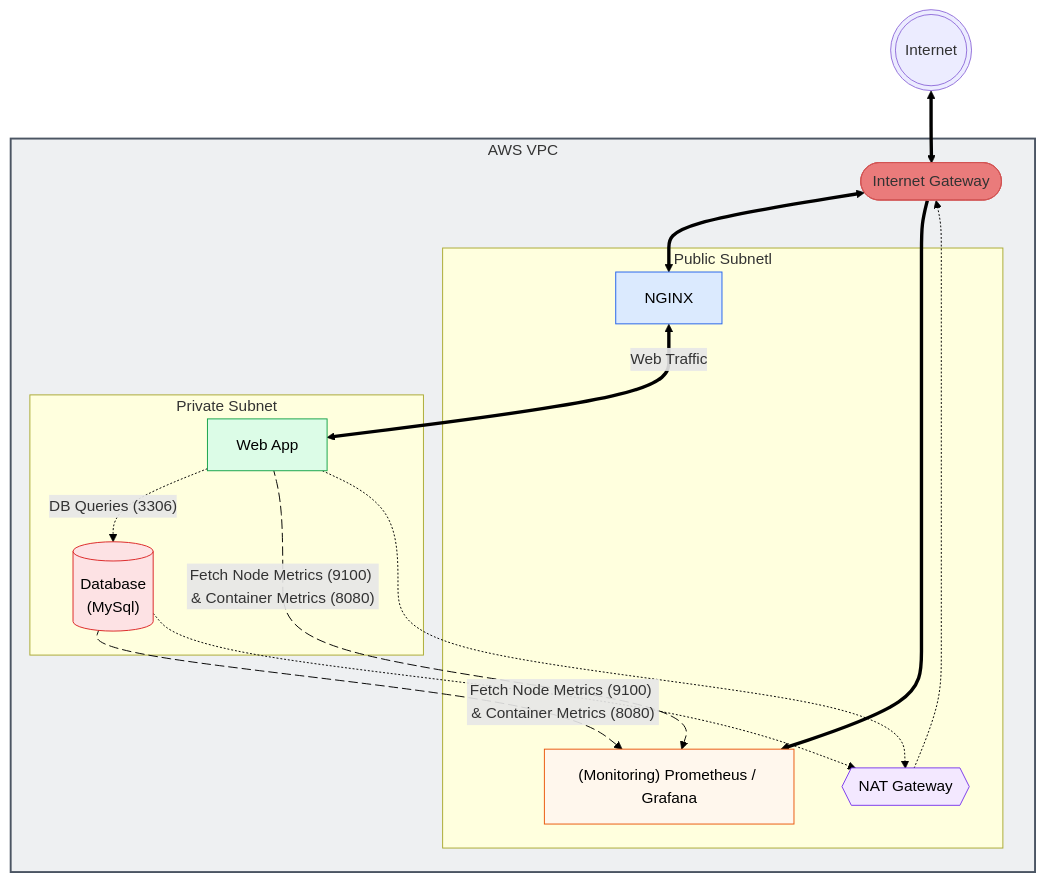
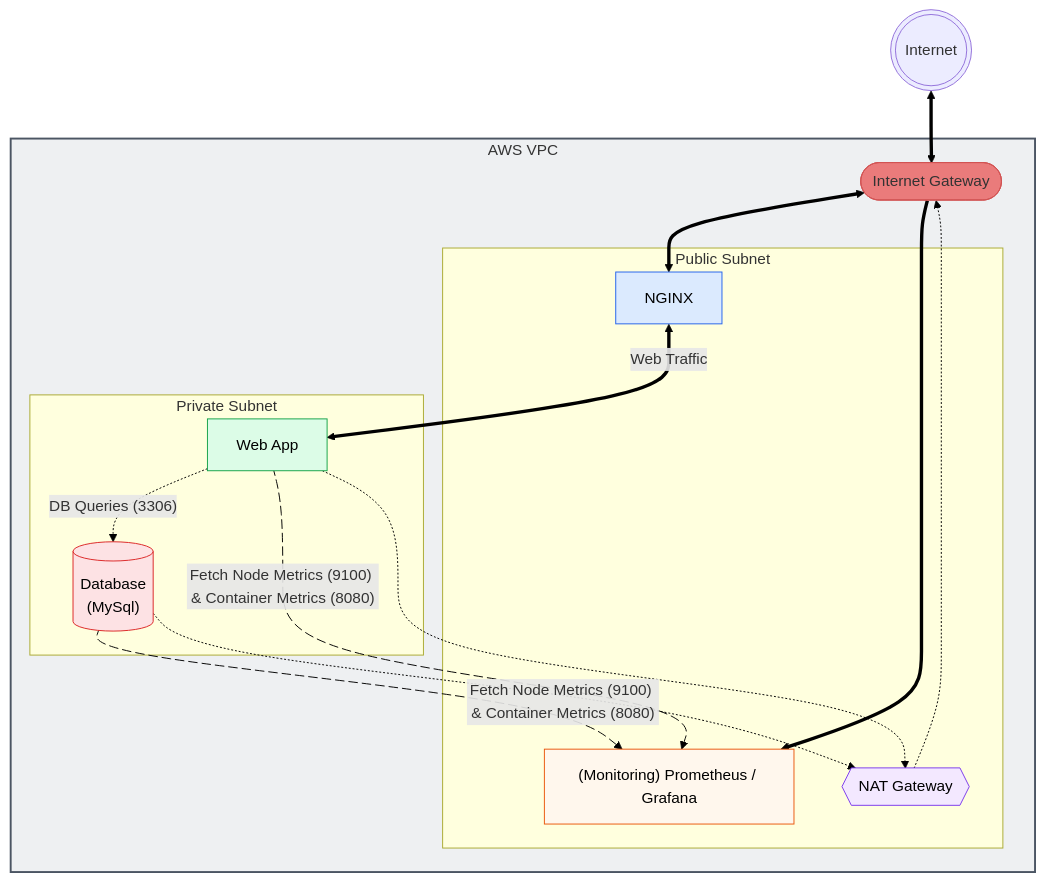
Before and after one commit to Jazzar101/learning-terraform-3087701: the diagram in README.md, drawn with Mermaid.

````diff
--- a/README.md
+++ b/README.md
@@ -6,54 +6,54 @@
 ```mermaid
 flowchart TB
     Internet(((Internet)))
     subgraph VPC[AWS VPC]
         IGW([Internet Gateway])
-        subgraph PublicSubnet[Public Subnetl]
+        subgraph PublicSubnet[Public Subnet]
             NAT{{NAT Gateway}}
             NGINX[NGINX]
             Monitoring["(Monitoring) Prometheus / Grafana"]
         end
 
         subgraph PrivateSubnet[Private Subnet]
             App[Web App]
             DB[("Database\n(MySql)")]
         end
     end
 
     Internet <==> IGW
     IGW <==> NGINX
     NGINX <==>|Web Traffic| App
     App -.->|"DB Queries (3306)"| DB
     IGW ==> Monitoring
 
     App metricsApp@-->|"Fetch Node Metrics (9100) & Container Metrics (8080)"| Monitoring
     DB metricsDB@-->|"Fetch Node Metrics (9100) & Container Metrics (8080)"| Monitoring
 
     App -.-> NAT
     DB -.-> NAT
     NAT -.-> IGW
     
     metricsApp@{ animation: slow }    
     metricsDB@{ animation: slow }
 
     %% Node-only styling (GitHub safe)
     classDef ingress fill:#dbeafe,stroke:#2563eb,color:#000000
     classDef monitoring fill:#fff7ed,stroke:#ea580c,color:#000000
     classDef nat fill:#f3e8ff,stroke:#7c3aed,color:#000000
     classDef app fill:#dcfce7,stroke:#16a34a,color:#000000
     classDef db fill:#fde2e4,stroke:#dc2626,color:#000000
     classDef igw fill:#EA7B7B,stroke:#D25353,color:#00000
-    classDef PublicSubnet fill:#e3f2fd,stroke:none,color:#000000,font-weight:bold
-    classDef PrivateSubnet fill:#e8f5e9,stroke:none,color:#000000,font-weight:bold
+    classDef PublicSubnet fill:#e3f2fd,stroke:#2563eb
+    classDef PrivateSubnet fill:#e8f5e9,stroke:#16a34a
 
     style VPC fill:#eef0f2,stroke:#4b5563,stroke-width:2px
  
     linkStyle default stroke:#000
 
     class NGINX ingress
     class Monitoring monitoring
     class NAT nat
     class App app
     class DB db
     class IGW igw
 ```
````
